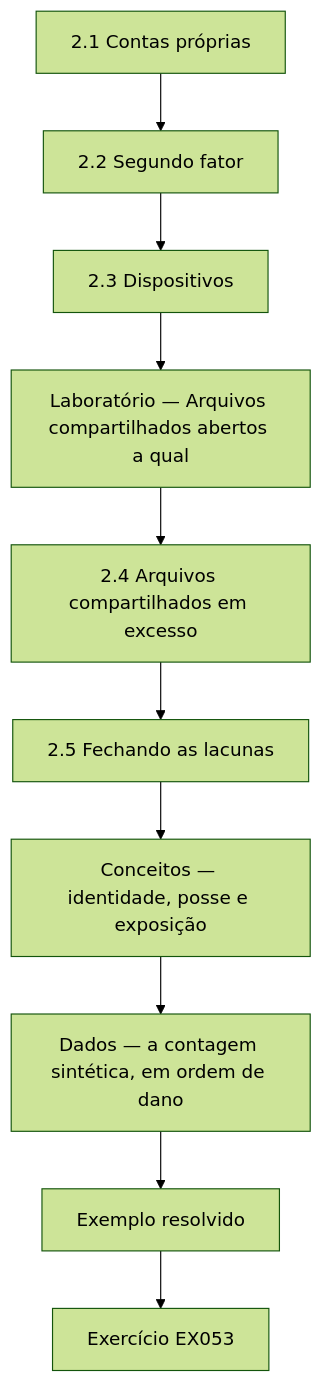
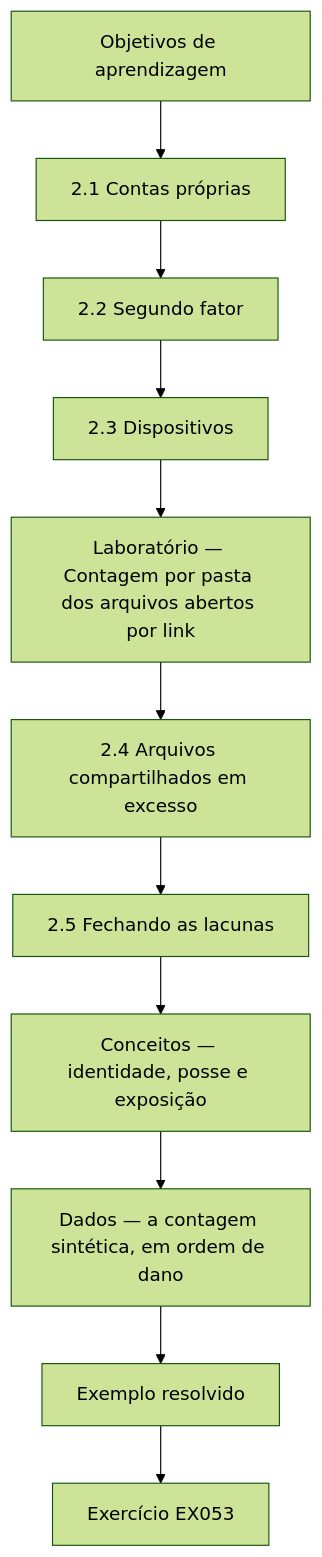
Before and after one commit to hiagokinlevi/CyKin: the first of 2 diagrams in levels/rapid-1-month/information-security/pt/book/MANUSCRIPT.md, drawn with Mermaid (forest theme). The commit also changed other lines of this file and 1 other file, not shown here.

````diff
--- a/levels/rapid-1-month/information-security/pt/book/MANUSCRIPT.md
+++ b/levels/rapid-1-month/information-security/pt/book/MANUSCRIPT.md
@@ -24,14 +28,15 @@
 ```mermaid
 flowchart TD
-  N0["2.1 Contas próprias"]
-  N1["2.2 Segundo fator"]
-  N2["2.3 Dispositivos"]
-  N3["Laboratório — Arquivos compartilhados abertos a qual"]
-  N4["2.4 Arquivos compartilhados em excesso"]
-  N5["2.5 Fechando as lacunas"]
-  N6["Conceitos — identidade, posse e exposição"]
-  N7["Dados — a contagem sintética, em ordem de dano"]
-  N0 --> N1 --> N2 --> N3 --> N4 --> N5 --> N6 --> N7
-  N7 --> EX["Exemplo resolvido"]
+  N0["Objetivos de aprendizagem"]
+  N1["2.1 Contas próprias"]
+  N2["2.2 Segundo fator"]
+  N3["2.3 Dispositivos"]
+  N4["Laboratório — Contagem por pasta dos arquivos abertos por link"]
+  N5["2.4 Arquivos compartilhados em excesso"]
+  N6["2.5 Fechando as lacunas"]
+  N7["Conceitos — identidade, posse e exposição"]
+  N8["Dados — a contagem sintética, em ordem de dano"]
+  N0 --> N1 --> N2 --> N3 --> N4 --> N5 --> N6 --> N7 --> N8
+  N8 --> EX["Exemplo resolvido"]
   EX --> Q["Exercício EX053"]
 ```
````
